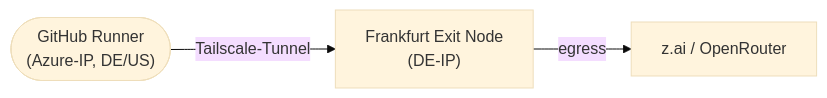
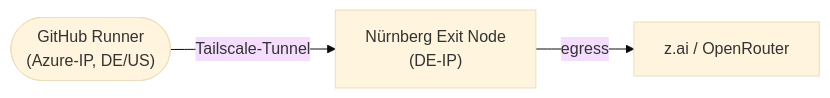
The diagram in docs/tailscale-exit-node.md (deleonio/priority-pilot), drawn with Mermaid (base theme) before and after one commit. The commit also changed other lines of this file and 4 other files, not shown here.

First line of the commit message:
docs(tailscale): Standort-Korrektur Frankfurt → Nürnberg + Merge-Ref-Gotcha

````diff
--- a/docs/tailscale-exit-node.md
+++ b/docs/tailscale-exit-node.md
@@ -18,5 +23,5 @@
 ```mermaid
 flowchart LR
-    gh(["GitHub Runner<br/>(Azure-IP, DE/US)"]) -->|Tailscale-Tunnel| exit["Frankfurt Exit Node<br/>(DE-IP)"]
+    gh(["GitHub Runner<br/>(Azure-IP, DE/US)"]) -->|Tailscale-Tunnel| exit["Nürnberg Exit Node<br/>(DE-IP)"]
     exit -->|egress| api["z.ai / OpenRouter"]
 ```
````
